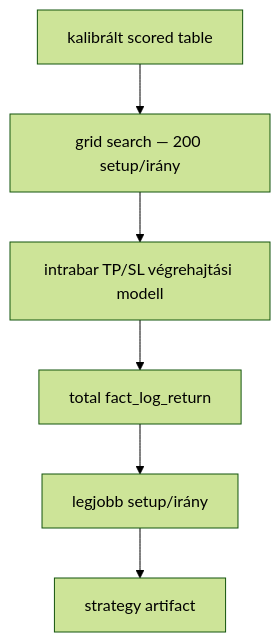
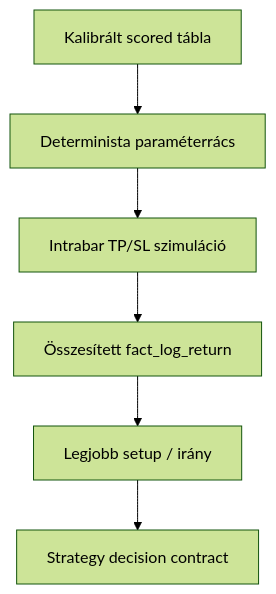
The first of 5 diagrams in _doc_/methodology_doc/6300_strategy_grid_search.md (Nemesis14/chronoquant), drawn with Mermaid (forest theme) before and after one commit. The commit also changed other lines of this file and 1415 other files, not shown here.

````diff
--- a/_doc_/methodology_doc/6300_strategy_grid_search.md
+++ b/_doc_/methodology_doc/6300_strategy_grid_search.md
@@ -9,11 +7,11 @@
 ```mermaid
 flowchart TD
-  CAL[kalibrált scored table]
-  GS[grid search — 200 setup/irány]
-  EXEC[intrabar TP/SL végrehajtási modell]
-  OBJ[total fact_log_return]
-  BEST[legjobb setup/irány]
-  ART[strategy artifact]
+  CAL[Kalibrált scored tábla]
+  GRID[Determinista paraméterrács]
+  EXEC[Intrabar TP/SL szimuláció]
+  SCORE[Összesített fact_log_return]
+  BEST[Legjobb setup / irány]
+  ART[Strategy decision contract]
 
-  CAL --> GS --> EXEC --> OBJ --> BEST --> ART
+  CAL --> GRID --> EXEC --> SCORE --> BEST --> ART
 ```
````
